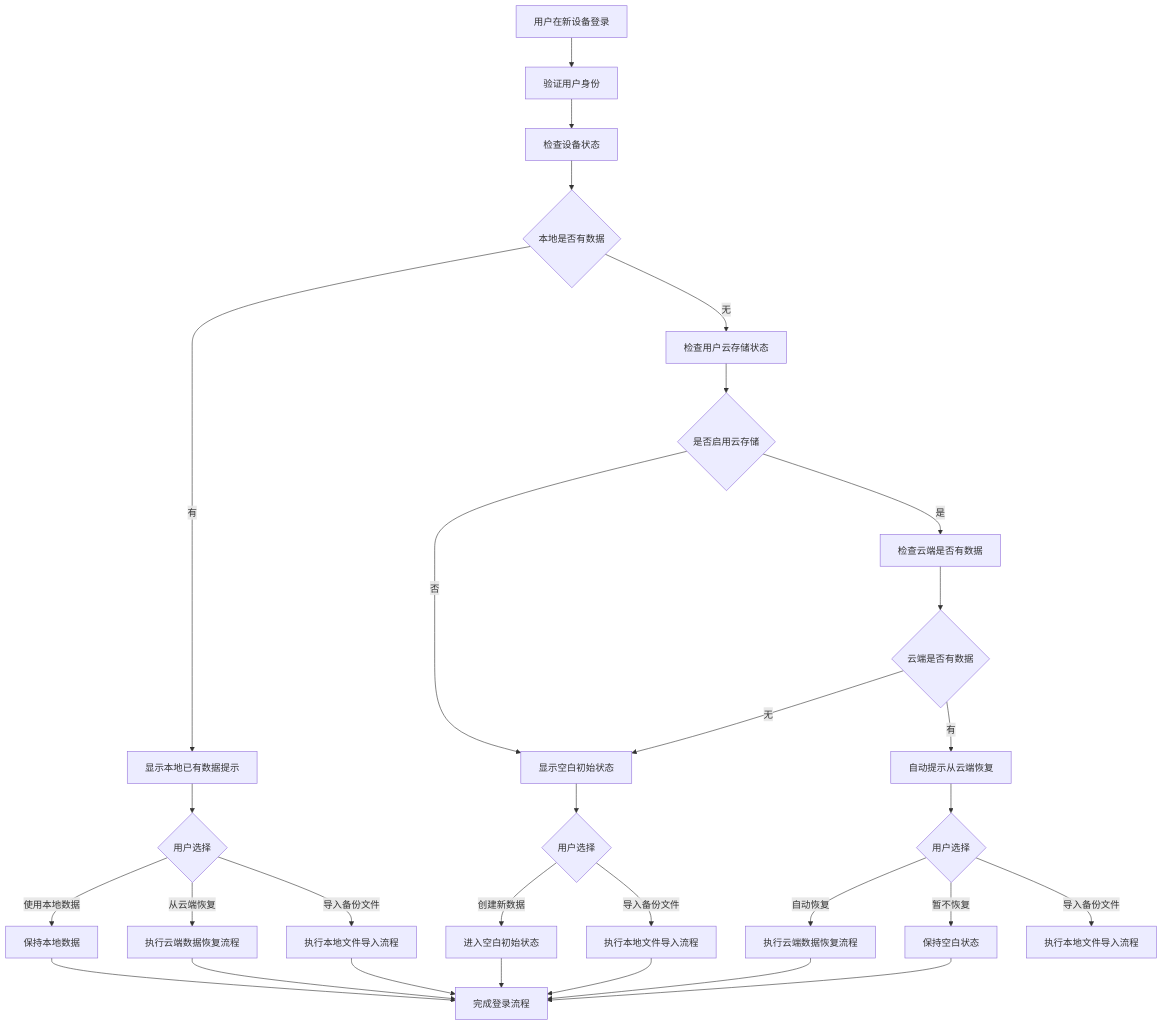
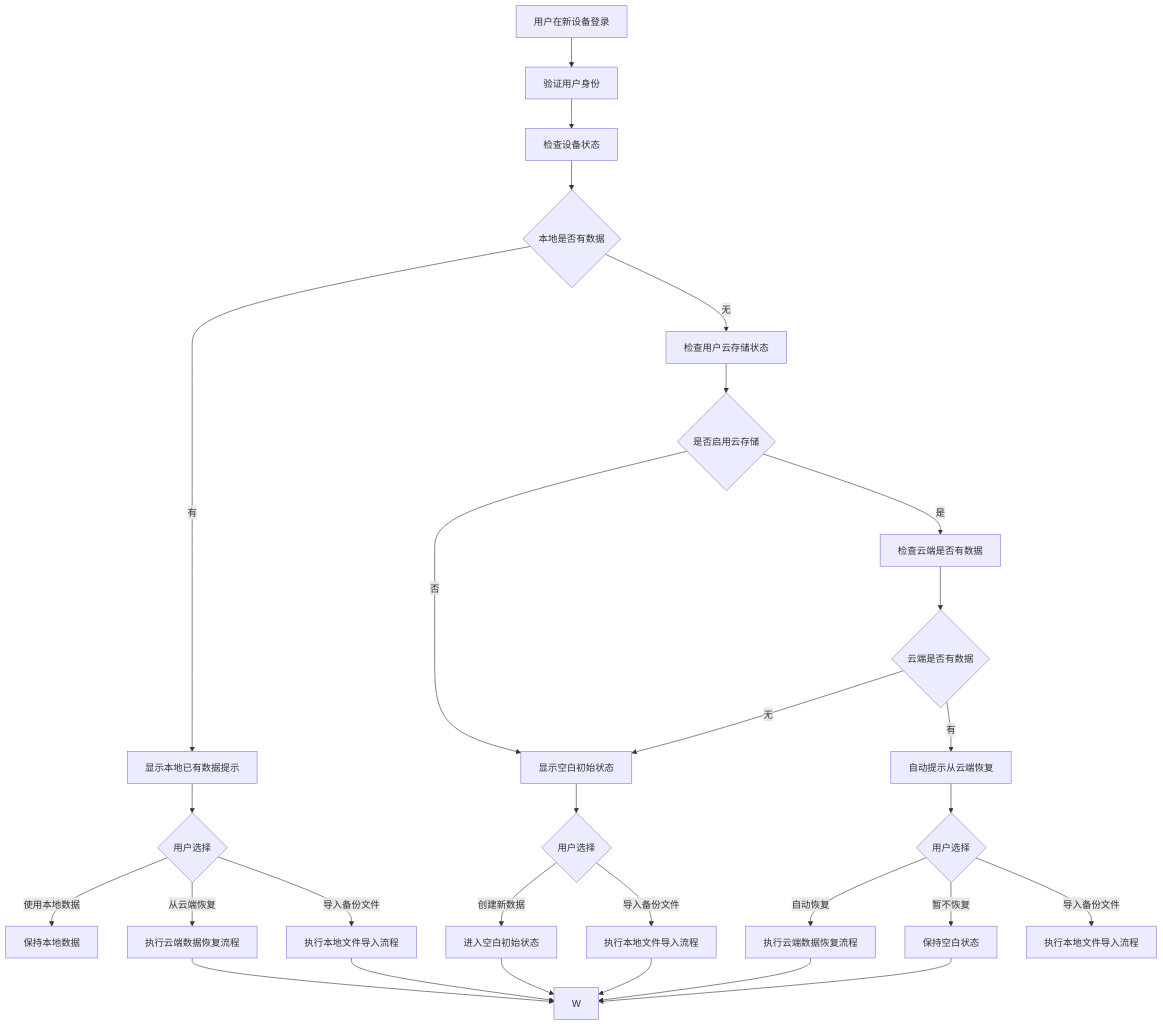
One commit to yingjianzh/iodraw-files changed the diagram in all/未命名-45.md. Above: the diagram before and after it, drawn with Mermaid.

Commit message:
2025-04-27 16:54:51 update

````diff
--- a/all/未命名-45.md
+++ b/all/未命名-45.md
@@ -1,39 +1,39 @@
 ```mermaid
 flowchart TD
     A[用户在新设备登录] --> B[验证用户身份]
     B --> C[检查设备状态]
     
     C --> D{本地是否有数据}
     D -->|有| E[显示本地已有数据提示]
     D -->|无| F[检查用户云存储状态]
     
     F --> G{是否启用云存储}
     G -->|否| H[显示空白初始状态]
     G -->|是| I[检查云端是否有数据]
     
     I --> J{云端是否有数据}
     J -->|无| H
     J -->|有| K[自动提示从云端恢复]
     
     E --> L{用户选择}
     L -->|使用本地数据| M[保持本地数据]
     L -->|从云端恢复| N[执行云端数据恢复流程]
     L -->|导入备份文件| O[执行本地文件导入流程]
     
     K --> P{用户选择}
     P -->|自动恢复| Q[执行云端数据恢复流程]
     P -->|暂不恢复| R[保持空白状态]
     P -->|导入备份文件| S[执行本地文件导入流程]
     
     H --> T{用户选择}
     T -->|创建新数据| U[进入空白初始状态]
     T -->|导入备份文件| V[执行本地文件导入流程]
     
-    M --> W[完成登录流程]
+    
     N --> W
     O --> W
     Q --> W
     R --> W
     U --> W
     V --> W
 ```
````
